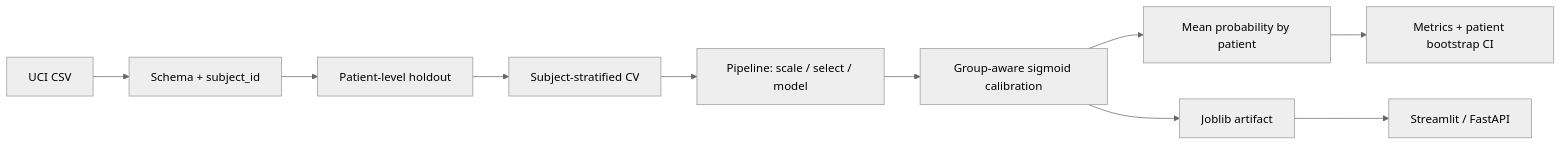
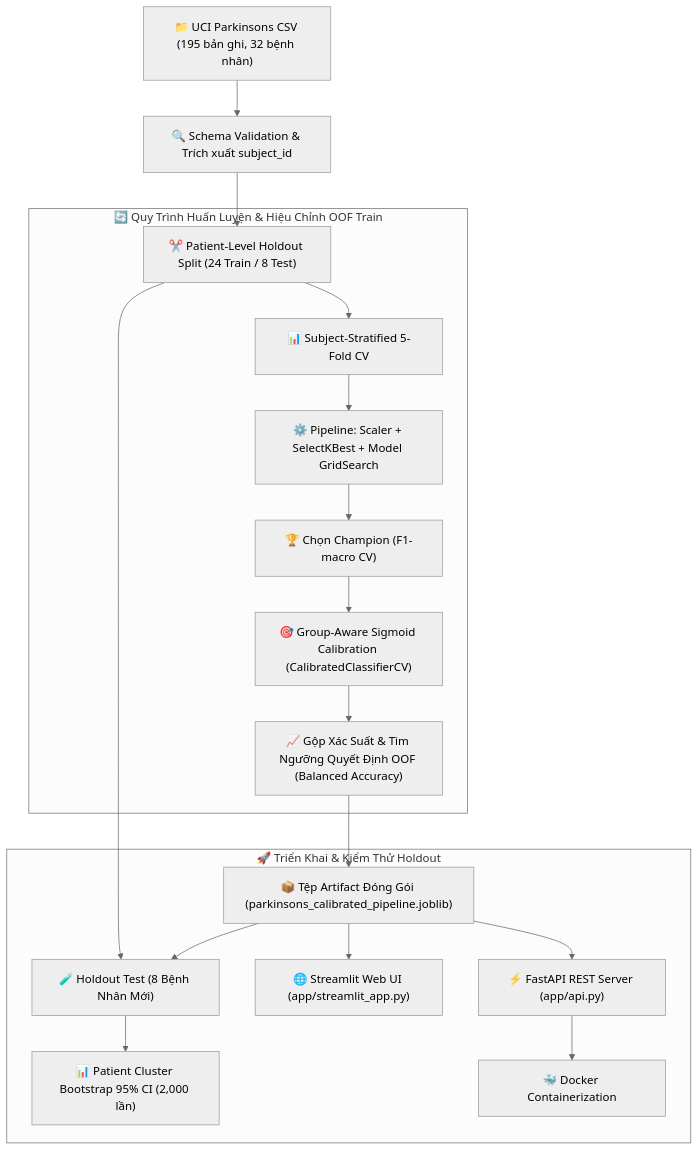
The diagram in README.md (haminhthong/parkinsons-voice-classification), drawn with Mermaid (neutral theme) before and after one commit. The commit also changed other lines of this file and 29 other files, not shown here.

````diff
--- a/README.md
+++ b/README.md
@@ -26,12 +46,23 @@
 ```mermaid
-flowchart LR
-    A[UCI CSV] --> B[Schema + subject_id]
-    B --> C[Patient-level holdout]
-    C --> D[Subject-stratified CV]
-    D --> E[Pipeline: scale / select / model]
-    E --> F[Group-aware sigmoid calibration]
-    F --> G[Mean probability by patient]
-    G --> H[Metrics + patient bootstrap CI]
-    F --> I[Joblib artifact]
-    I --> J[Streamlit / FastAPI]
+flowchart TD
+    A["📁 UCI Parkinsons CSV (195 bản ghi, 32 bệnh nhân)"] --> B["🔍 Schema Validation & Trích xuất subject_id"]
+    B --> C["✂️ Patient-Level Holdout Split (24 Train / 8 Test)"]
+    
+    subgraph Train_Phase ["🔄 Quy Trình Huấn Luyện & Hiệu Chỉnh OOF Train"]
+        C --> D["📊 Subject-Stratified 5-Fold CV"]
+        D --> E["⚙️ Pipeline: Scaler + SelectKBest + Model GridSearch"]
+        E --> F["🏆 Chọn Champion (F1-macro CV)"]
+        F --> G["🎯 Group-Aware Sigmoid Calibration (CalibratedClassifierCV)"]
+        G --> H["📈 Gộp Xác Suất & Tìm Ngưỡng Quyết Định OOF (Balanced Accuracy)"]
+    end
+
+    subgraph Deploy_Phase ["🚀 Triển Khai & Kiểm Thử Holdout"]
+        H --> I["📦 Tệp Artifact Đóng Gói (parkinsons_calibrated_pipeline.joblib)"]
+        C --> J["🧪 Holdout Test (8 Bệnh Nhân Mới)"]
+        I --> J
+        J --> K["📊 Patient Cluster Bootstrap 95% CI (2,000 lần)"]
+        I --> L["🌐 Streamlit Web UI (app/streamlit_app.py)"]
+        I --> M["⚡ FastAPI REST Server (app/api.py)"]
+        M --> N["🐳 Docker Containerization"]
+    end
 ```
````
